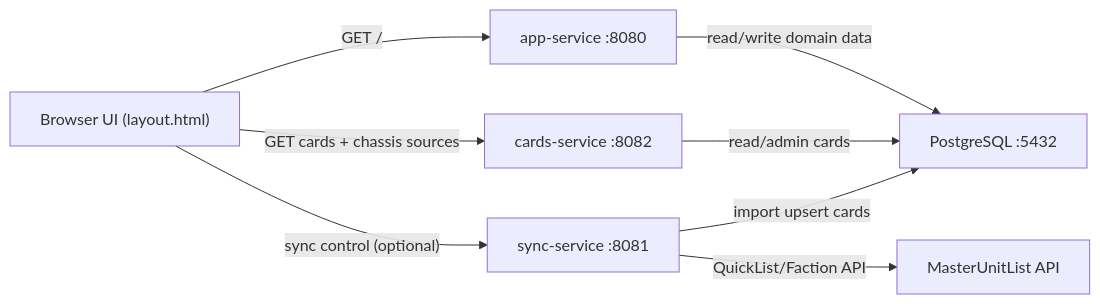
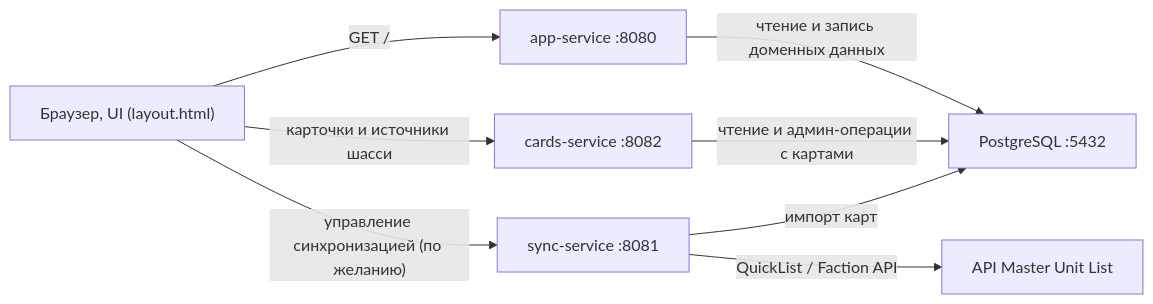
Before and after one commit to ArtyomMishkin/Alpha_Strike_Helper: the first of 3 diagrams in WORK_DESCRIPTION.md, drawn with Mermaid. The commit also changed other lines of this file and 2 other files, not shown here.

````diff
--- a/WORK_DESCRIPTION.md
+++ b/WORK_DESCRIPTION.md
@@ -30,18 +30,18 @@
 ```mermaid
 flowchart LR
-    Browser["Browser UI (layout.html)"]
+    Browser["Браузер, UI (layout.html)"]
     AppServer["app-service :8080"]
     CardsService["cards-service :8082"]
     SyncService["sync-service :8081"]
     Postgres["PostgreSQL :5432"]
-    MulApi["MasterUnitList API"]
+    MulApi["API Master Unit List"]
 
     Browser -->|"GET /"| AppServer
-    Browser -->|"GET cards + chassis sources"| CardsService
-    Browser -->|"sync control (optional)"| SyncService
+    Browser -->|"карточки и источники шасси"| CardsService
+    Browser -->|"управление синхронизацией (по желанию)"| SyncService
 
-    AppServer -->|"read/write domain data"| Postgres
-    CardsService -->|"read/admin cards"| Postgres
-    SyncService -->|"import upsert cards"| Postgres
-    SyncService -->|"QuickList/Faction API"| MulApi
+    AppServer -->|"чтение и запись доменных данных"| Postgres
+    CardsService -->|"чтение и админ-операции с картами"| Postgres
+    SyncService -->|"импорт  карт"| Postgres
+    SyncService -->|"QuickList / Faction API"| MulApi
 ```
````
